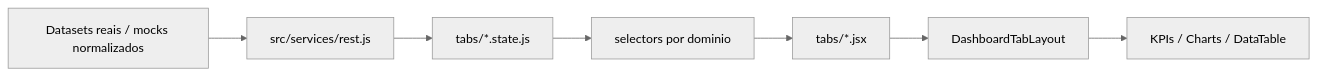
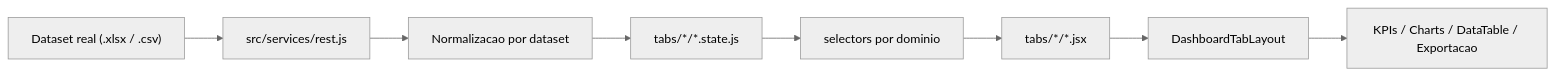
Before and after one commit to andrepimentelsantos01/dashboard-ia-bi-demo: the diagram in README.md, drawn with Mermaid (neutral theme). The commit also changed other lines of this file and 25 other files, not shown here.

````diff
--- a/README.md
+++ b/README.md
@@ -43,9 +48,10 @@
 ```mermaid
 flowchart LR
-    A["Datasets reais / mocks normalizados"] --> B["src/services/rest.js"]
-    B --> C["tabs/*.state.js"]
-    C --> D["selectors por dominio"]
-    D --> E["tabs/*.jsx"]
-    E --> F["DashboardTabLayout"]
-    F --> G["KPIs / Charts / DataTable"]
+    A["Dataset real (.xlsx / .csv)"] --> B["src/services/rest.js"]
+    B --> C["Normalizacao por dataset"]
+    C --> D["tabs/*/*.state.js"]
+    D --> E["selectors por dominio"]
+    E --> F["tabs/*/*.jsx"]
+    F --> G["DashboardTabLayout"]
+    G --> H["KPIs / Charts / DataTable / Exportacao"]
 ```
````
